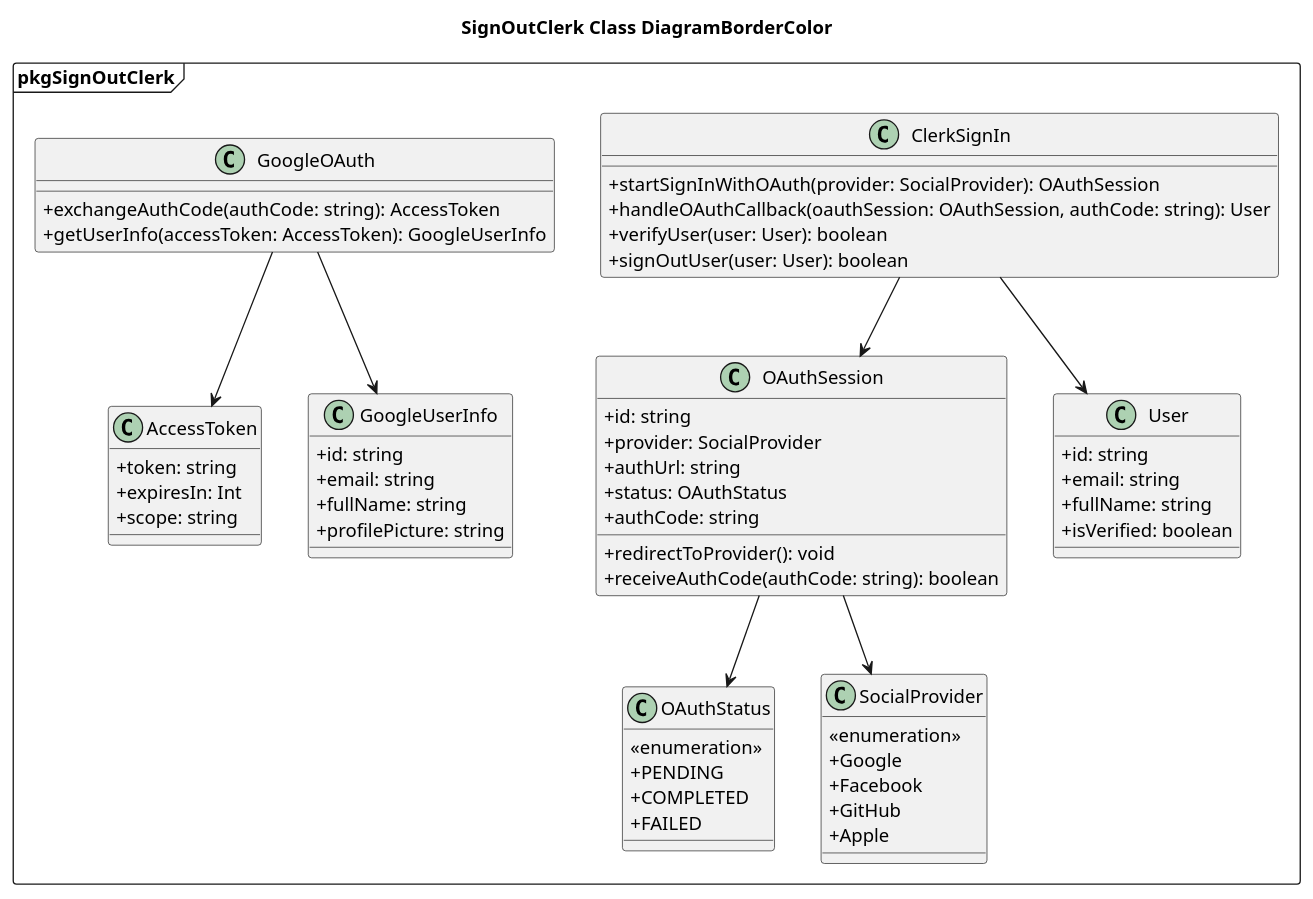
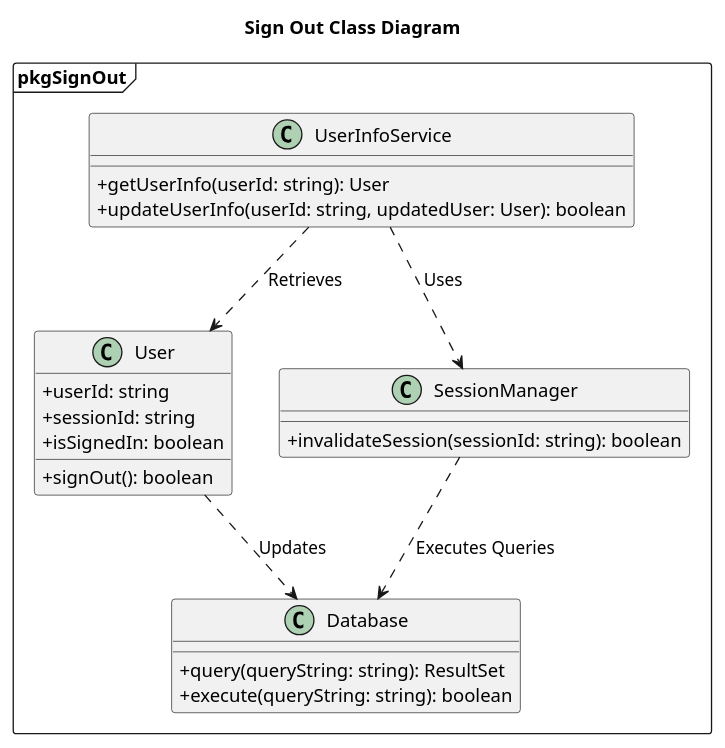
Before and after one commit to Caothuludau/InSyncDocument: the diagram in ClassDiagram/Authentication/SignOutClassDiagram.plantuml, drawn with PlantUML. The commit also changed other lines of this file and 22 other files, not shown here.

```diff
--- a/ClassDiagram/Authentication/SignOutClassDiagram.plantuml
+++ b/ClassDiagram/Authentication/SignOutClassDiagram.plantuml
@@ -1,80 +1,38 @@
-@startuml SignOutClerk
-Title SignOutClerk Class DiagramBorderColor
+@startuml SignOutClassDiagram
+Title Sign Out Class Diagram
 skinparam classAttributeIconSize 0
-' Lớp chính xử lý sign-in
-package pkgSignOutClerk <<Frame>>{
-' Lớp chính xử lý sign-in và sign-out
-    class ClerkSignIn {
-      + startSignInWithOAuth(provider: SocialProvider): OAuthSession
-      + handleOAuthCallback(oauthSession: OAuthSession, authCode: string): User
-      + verifyUser(user: User): boolean
-      + signOutUser(user: User): boolean
+
+package pkgSignOut <<Frame>> {
+
+    ' Lớp đại diện cho người dùng
+    class User {
+      + userId: string
+      + sessionId: string
+      + isSignedIn: boolean
+      + signOut(): boolean
     }
 
-    ' Quá trình xác thực OAuth
-    class OAuthSession {
-      + id: string
-      + provider: SocialProvider
-      + authUrl: string
-      + status: OAuthStatus
-      + authCode: string
-      + redirectToProvider(): void
-      + receiveAuthCode(authCode: string): boolean
+    ' Lớp quản lý phiên đăng nhập
+    class SessionManager {
+      + invalidateSession(sessionId: string): boolean
     }
 
-    ' Các trạng thái OAuth
-    class OAuthStatus {
-      <<enumeration>>
-      + PENDING
-      + COMPLETED
-      + FAILED
+    ' Lớp dịch vụ quản lý thông tin người dùng
+    class UserInfoService {
+      + getUserInfo(userId: string): User
+      + updateUserInfo(userId: string, updatedUser: User): boolean
     }
 
-    ' Các nhà cung cấp OAuth
-    class SocialProvider {
-      <<enumeration>>
-      + Google
-      + Facebook
-      + GitHub
-      + Apple
+    ' Lớp cơ sở dữ liệu
+    class Database {
+      + query(queryString: string): ResultSet
+      + execute(queryString: string): boolean
     }
 
-    ' Thông tin người dùng
-    class User {
-      + id: string
-      + email: string
-      + fullName: string
-      + isVerified: boolean
-    }
-
-    ' Lớp Google OAuth xử lý mã xác thực
-    class GoogleOAuth {
-      + exchangeAuthCode(authCode: string): AccessToken
-      + getUserInfo(accessToken: AccessToken): GoogleUserInfo
-    }
-
-    ' Thông tin AccessToken
-    class AccessToken {
-      + token: string
-      + expiresIn: Int
-      + scope: string
-    }
-
-    ' Thông tin Google User
-    class GoogleUserInfo {
-      + id: string
-      + email: string
-      + fullName: string
-      + profilePicture: string
-    }
-
-    ' Các quan hệ
-    ClerkSignIn --> OAuthSession
-    OAuthSession --> OAuthStatus
-    OAuthSession --> SocialProvider
-    ClerkSignIn --> User
-    GoogleOAuth --> AccessToken
-    GoogleOAuth --> GoogleUserInfo
-
+    ' Quan hệ giữa các lớp
+    UserInfoService ..> User : Retrieves
+    UserInfoService ..> SessionManager : Uses
+    SessionManager ..> Database : Executes Queries
+    User ..> Database : Updates
 }
 @enduml
```
